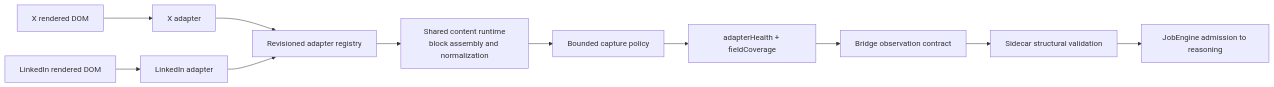
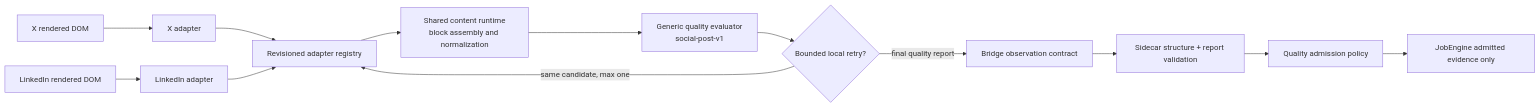
Before and after one commit to abangkis/AkuBrowser: the second of 4 diagrams in docs/aku-browser-architecture.md, drawn with Mermaid. The commit also changed other lines of this file and 4 other files, not shown here.

Commit message:
docs: finalize source adapter quality architecture

````diff
--- a/docs/aku-browser-architecture.md
+++ b/docs/aku-browser-architecture.md
@@ -144,13 +145,15 @@
 ```mermaid
 flowchart LR
     X["X rendered DOM"] --> XA["X adapter"]
     L["LinkedIn rendered DOM"] --> LA["LinkedIn adapter"]
     XA --> AR["Revisioned adapter registry"]
     LA --> AR
     AR --> CR["Shared content runtime<br/>block assembly and normalization"]
-    CR --> CP["Bounded capture policy"]
-    CP --> AH["adapterHealth + fieldCoverage"]
-    AH --> BC["Bridge observation contract"]
-    BC --> SV["Sidecar structural validation"]
-    SV --> JE["JobEngine admission to reasoning"]
+    CR --> QE["Generic quality evaluator<br/>social-post-v1"]
+    QE --> RP{"Bounded local retry?"}
+    RP -->|"same candidate, max one"| AR
+    RP -->|"final quality report"| BC["Bridge observation contract"]
+    BC --> SV["Sidecar structure + report validation"]
+    SV --> AP["Quality admission policy"]
+    AP --> JE["JobEngine admitted evidence only"]
 ```
````
